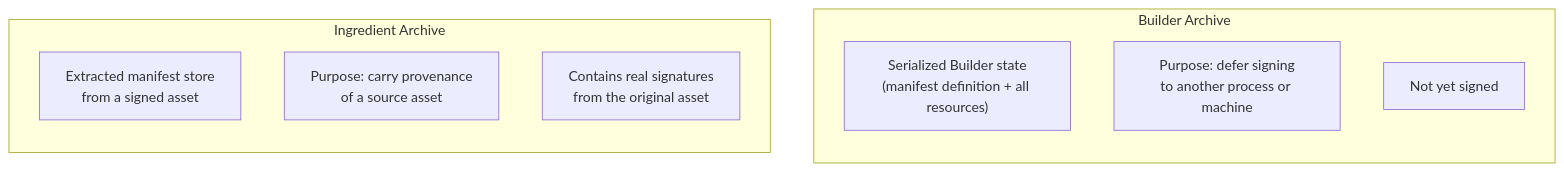
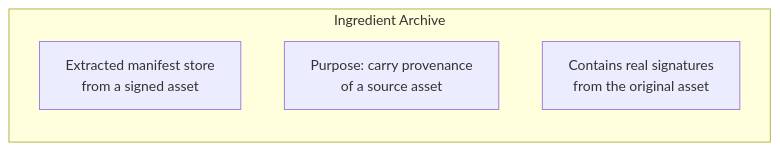
One commit to contentauth/c2pa-c changed the fourth of 11 diagrams in docs/selective-manifests.md. Above: the diagram before and after it, drawn with Mermaid. The commit also changed other lines of this file, not shown here.

First line of the commit message:
docs: Clarify selective manifest construction process

````diff
--- a/docs/selective-manifests.md
+++ b/docs/selective-manifests.md
@@ -214,15 +201,9 @@
 ```mermaid
 flowchart TD
-    subgraph BA["Builder Archive"]
-        direction TB
-        B1["Serialized Builder state\n(manifest definition + all resources)"]
-        B2["Purpose: defer signing\nto another process or machine"]
-        B3["Not yet signed"]
-    end
     subgraph IA["Ingredient Archive"]
         direction TB
         I1["Extracted manifest store\nfrom a signed asset"]
         I2["Purpose: carry provenance\nof a source asset"]
         I3["Contains real signatures\nfrom the original asset"]
     end
 ```
````
